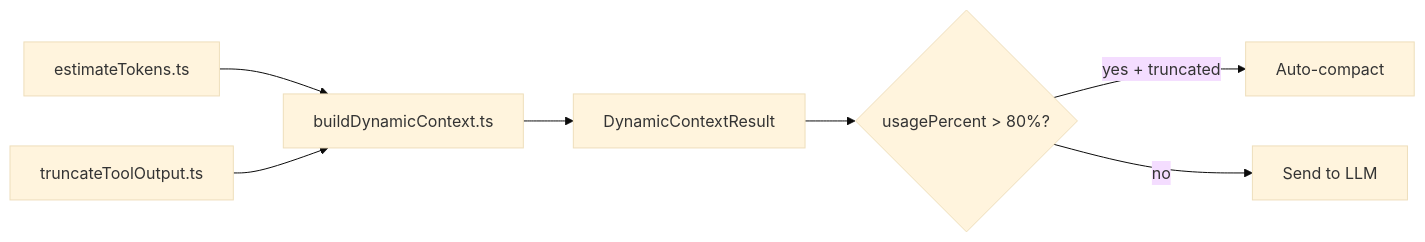
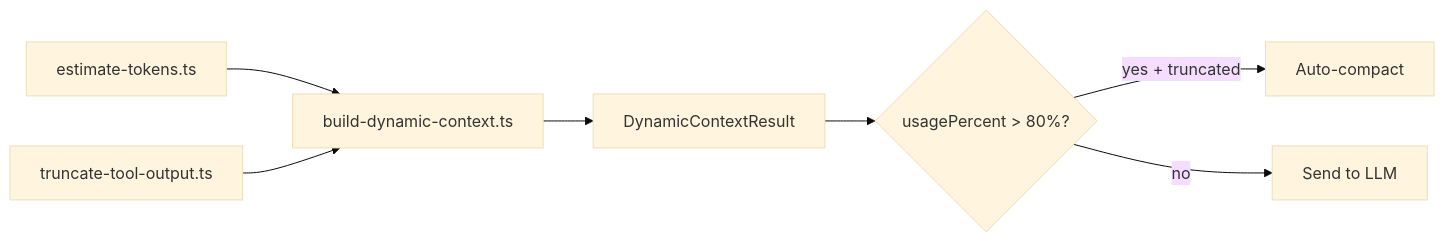
Before and after one commit to xt-ml/shadow-claw: the first of 2 diagrams in docs/architecture/context-management.md, drawn with Mermaid (base theme). The commit also changed other lines of this file and 1394 other files, not shown here.

````diff
--- a/docs/architecture/context-management.md
+++ b/docs/architecture/context-management.md
@@ -12,9 +12,9 @@
 ```mermaid
 flowchart LR
-  A[estimateTokens.ts] --> C[buildDynamicContext.ts]
-  B[truncateToolOutput.ts] --> C
+  A[estimate-tokens.ts] --> C[build-dynamic-context.ts]
+  B[truncate-tool-output.ts] --> C
   C --> D[DynamicContextResult]
   D --> E{usagePercent > 80%?}
   E -->|yes + truncated| F[Auto-compact]
   E -->|no| G[Send to LLM]
 ```
````
